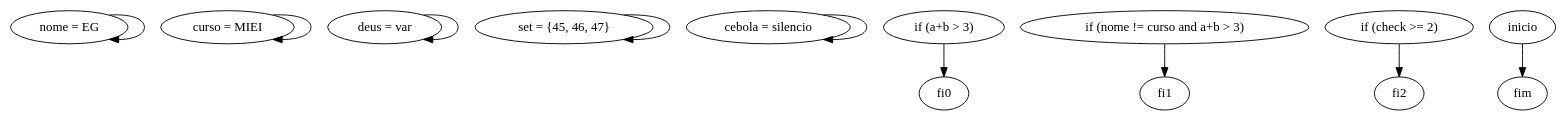
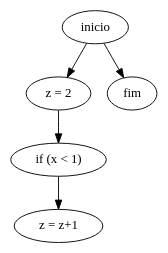
Before and after one commit to mishlawi/MEI-EG-TrabalhosPraticos: the diagram in TP3/graphs/graph.gv, drawn with Graphviz. The commit also changed 8 other files, not shown here.

```diff
--- a/TP3/graphs/graph.gv
+++ b/TP3/graphs/graph.gv
@@ -1,11 +1,6 @@
 digraph "graph" {
-	"nome = EG" -> "nome = EG"
-	"curso = MIEI" -> "curso = MIEI"
-	"deus = var" -> "deus = var"
-	"set = {45, 46, 47}" -> "set = {45, 46, 47}"
-	"cebola = silencio" -> "cebola = silencio"
-	"if (a+b > 3)" -> fi0
-	"if (nome != curso and a+b > 3)" -> fi1
-	"if (check >= 2)" -> fi2
+	inicio -> "z = 2"
+	"z = 2" -> "if (x < 1)"
+	"if (x < 1)" -> "z = z+1"
 	inicio -> fim
 }
```
